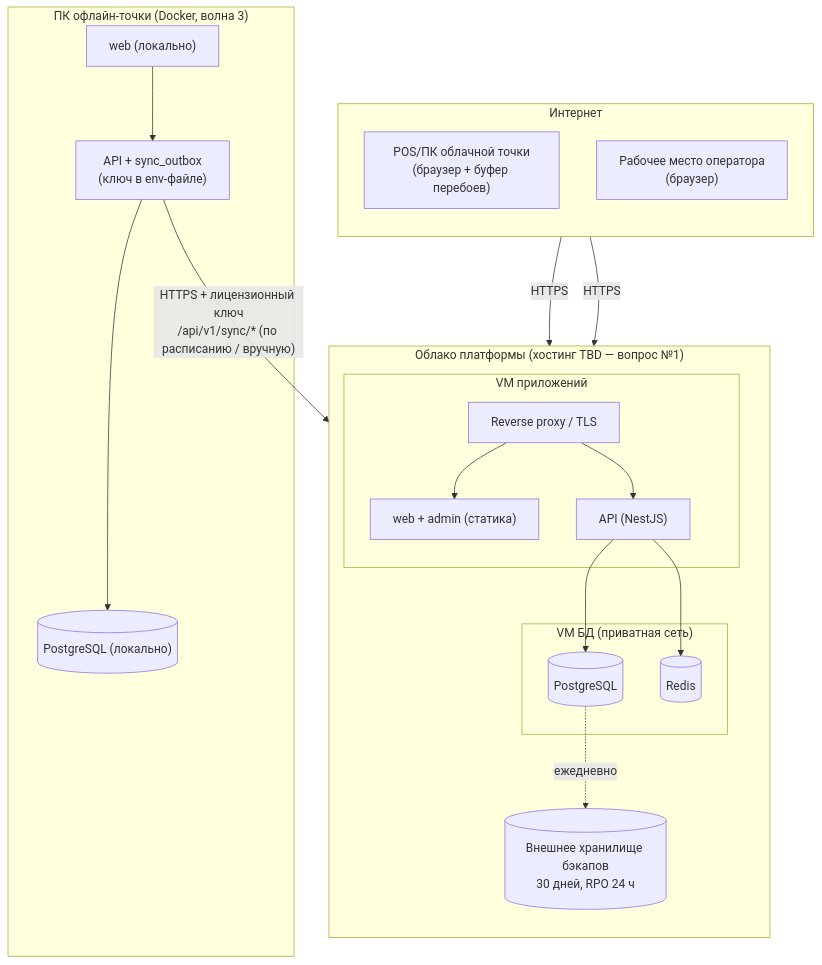
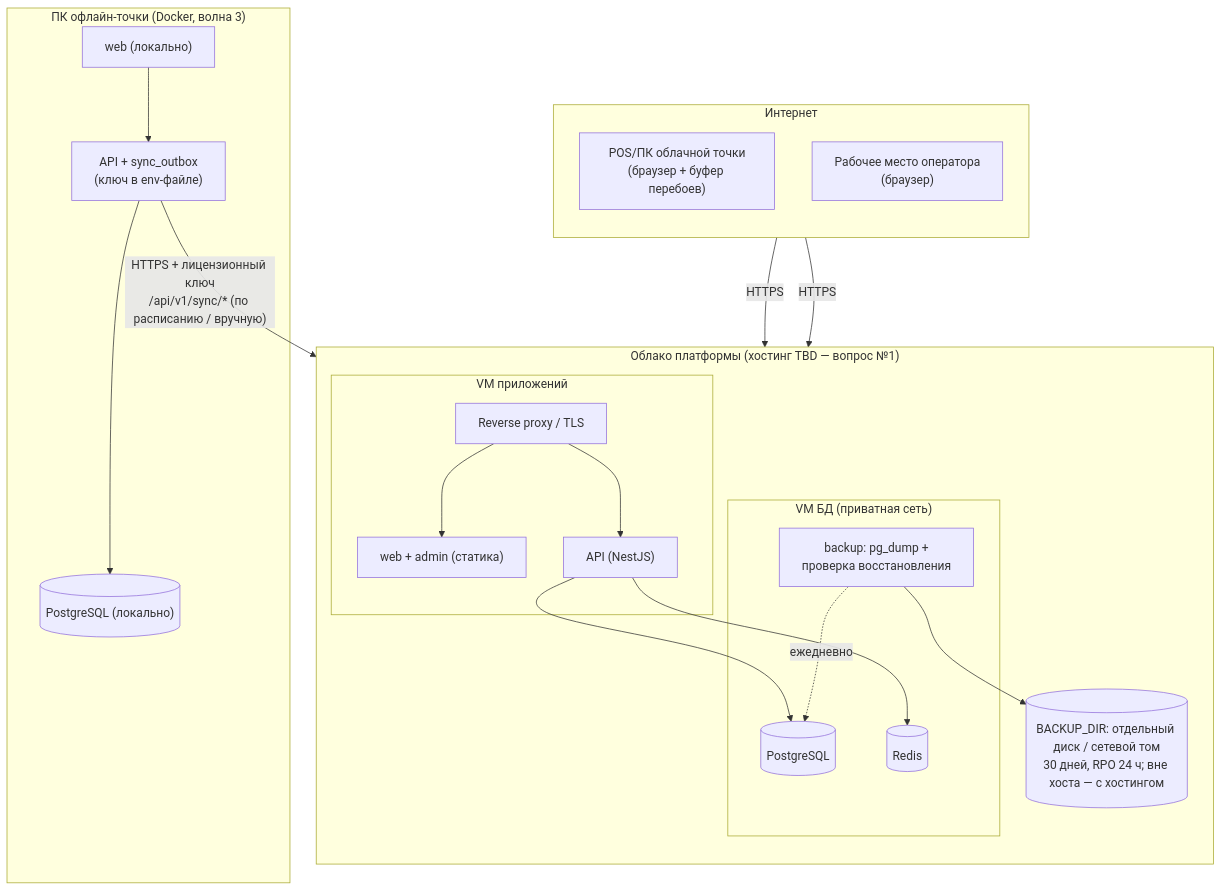
The diagram in docs/architecture/c4/deployment.mmd (zohidweb/pharmacy), drawn with Mermaid before and after one commit. The commit also changed 3 other files, not shown here.

```diff
--- a/docs/architecture/c4/deployment.mmd
+++ b/docs/architecture/c4/deployment.mmd
@@ -1,36 +1,38 @@
 flowchart TB
   subgraph internet["Интернет"]
     direction TB
     pos["POS/ПК облачной точки<br/>(браузер + буфер перебоев)"]
     opws["Рабочее место оператора<br/>(браузер)"]
   end
 
   subgraph cloudEnv["Облако платформы (хостинг TBD — вопрос №1)"]
     direction TB
     subgraph vmApp["VM приложений"]
       proxy["Reverse proxy / TLS"]
       api["API (NestJS)"]
       static["web + admin (статика)"]
     end
     subgraph vmDb["VM БД (приватная сеть)"]
       pg[("PostgreSQL")]
       rd[("Redis")]
+      bk["backup: pg_dump +<br/>проверка восстановления"]
     end
-    backup[("Внешнее хранилище бэкапов<br/>30 дней, RPO 24 ч")]
+    backups[("BACKUP_DIR: отдельный диск / сетевой том<br/>30 дней, RPO 24 ч; вне хоста — с хостингом")]
   end
 
   subgraph pointPc["ПК офлайн-точки (Docker, волна 3)"]
     lweb["web (локально)"]
     lapi["API + sync_outbox<br/>(ключ в env-файле)"]
     lpg[("PostgreSQL (локально)")]
   end
 
   pos -- HTTPS --> proxy
   opws -- HTTPS --> proxy
   proxy --> static
   proxy --> api
   api --> pg
   api --> rd
-  pg -. ежедневно .-> backup
+  bk -. ежедневно .-> pg
+  bk --> backups
   lweb --> lapi --> lpg
   lapi -- "HTTPS + лицензионный ключ<br/>/api/v1/sync/* (по расписанию / вручную)" --> proxy
```
